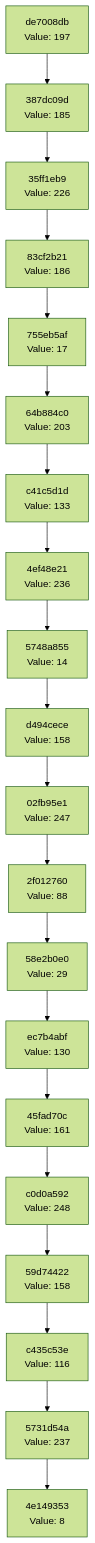
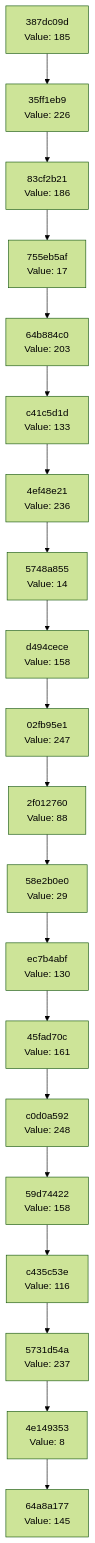
Before and after one commit to Abhisheksinha1506/hash-chain-evolver: the diagram in docs/CHAIN_VISUALIZATION.md, drawn with Mermaid (forest theme). The commit also changed 2 other files, not shown here.

Commit message:
Evolution step: hash 0x91 → action executed

````diff
--- a/docs/CHAIN_VISUALIZATION.md
+++ b/docs/CHAIN_VISUALIZATION.md
@@ -3,42 +3,42 @@
 ```mermaid
 graph TD
-    C0["4e149353<br/>Value: 8"]
-    C1["5731d54a<br/>Value: 237"]
+    C0["64a8a177<br/>Value: 145"]
+    C1["4e149353<br/>Value: 8"]
     C1 --> C0
-    C2["c435c53e<br/>Value: 116"]
+    C2["5731d54a<br/>Value: 237"]
     C2 --> C1
-    C3["59d74422<br/>Value: 158"]
+    C3["c435c53e<br/>Value: 116"]
     C3 --> C2
-    C4["c0d0a592<br/>Value: 248"]
+    C4["59d74422<br/>Value: 158"]
     C4 --> C3
-    C5["45fad70c<br/>Value: 161"]
+    C5["c0d0a592<br/>Value: 248"]
     C5 --> C4
-    C6["ec7b4abf<br/>Value: 130"]
+    C6["45fad70c<br/>Value: 161"]
     C6 --> C5
-    C7["58e2b0e0<br/>Value: 29"]
+    C7["ec7b4abf<br/>Value: 130"]
     C7 --> C6
-    C8["2f012760<br/>Value: 88"]
+    C8["58e2b0e0<br/>Value: 29"]
     C8 --> C7
-    C9["02fb95e1<br/>Value: 247"]
+    C9["2f012760<br/>Value: 88"]
     C9 --> C8
-    C10["d494cece<br/>Value: 158"]
+    C10["02fb95e1<br/>Value: 247"]
     C10 --> C9
-    C11["5748a855<br/>Value: 14"]
+    C11["d494cece<br/>Value: 158"]
     C11 --> C10
-    C12["4ef48e21<br/>Value: 236"]
+    C12["5748a855<br/>Value: 14"]
     C12 --> C11
-    C13["c41c5d1d<br/>Value: 133"]
+    C13["4ef48e21<br/>Value: 236"]
     C13 --> C12
-    C14["64b884c0<br/>Value: 203"]
+    C14["c41c5d1d<br/>Value: 133"]
     C14 --> C13
-    C15["755eb5af<br/>Value: 17"]
+    C15["64b884c0<br/>Value: 203"]
     C15 --> C14
-    C16["83cf2b21<br/>Value: 186"]
+    C16["755eb5af<br/>Value: 17"]
     C16 --> C15
-    C17["35ff1eb9<br/>Value: 226"]
+    C17["83cf2b21<br/>Value: 186"]
     C17 --> C16
-    C18["387dc09d<br/>Value: 185"]
+    C18["35ff1eb9<br/>Value: 226"]
     C18 --> C17
-    C19["de7008db<br/>Value: 197"]
+    C19["387dc09d<br/>Value: 185"]
     C19 --> C18
 ```
````
